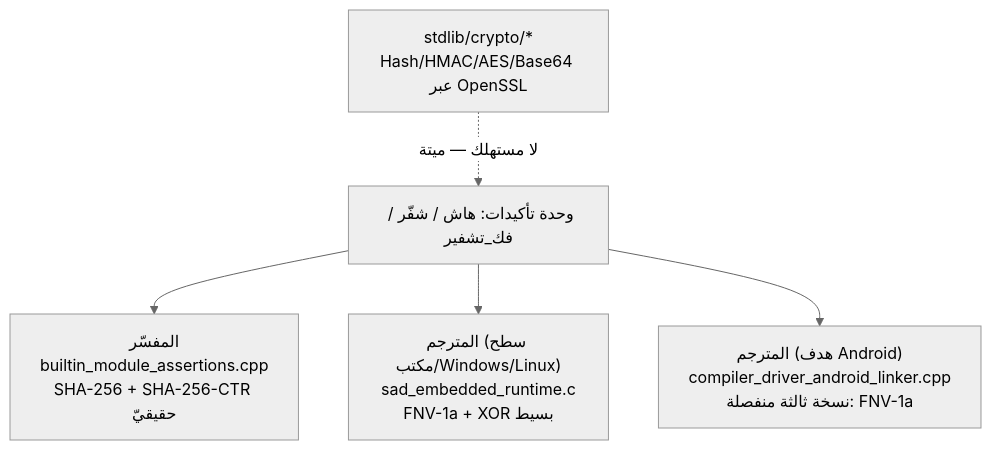
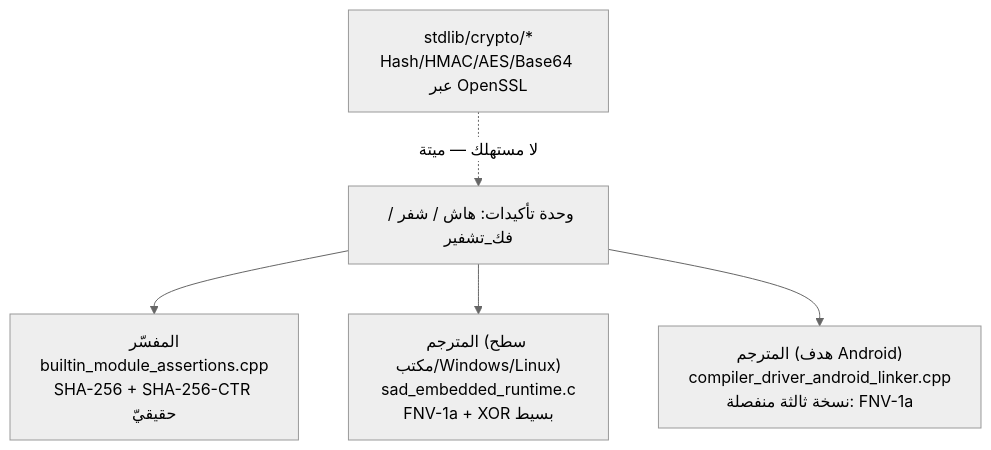
One commit to sadlang/dev-guide changed the first of 2 diagrams in src/backend/crypto-unification.md. Above: the diagram before and after it, drawn with Mermaid (neutral theme). The commit also changed other lines of this file and 22 other files, not shown here.

````diff
--- a/src/backend/crypto-unification.md
+++ b/src/backend/crypto-unification.md
@@ -16,8 +16,8 @@
 ```mermaid
 flowchart TD
-  MOD["وحدة تأكيدات: هاش / شفّر / فك_تشفير"]
+  MOD["وحدة تأكيدات: هاش / شفر / فك_تشفير"]
   MOD --> INT["المفسّر<br/>builtin_module_assertions.cpp<br/>SHA-256 + SHA-256-CTR حقيقيّ"]
   MOD --> CMP["المترجم (سطح مكتب/Windows/Linux)<br/>sad_embedded_runtime.c<br/>FNV-1a + XOR بسيط"]
   MOD --> AND["المترجم (هدف Android)<br/>compiler_driver_android_linker.cpp<br/>نسخة ثالثة منفصلة: FNV-1a"]
   DEAD["stdlib/crypto/*<br/>Hash/HMAC/AES/Base64 عبر OpenSSL"] -.->|"لا مستهلك — ميتة"| MOD
 ```
````
